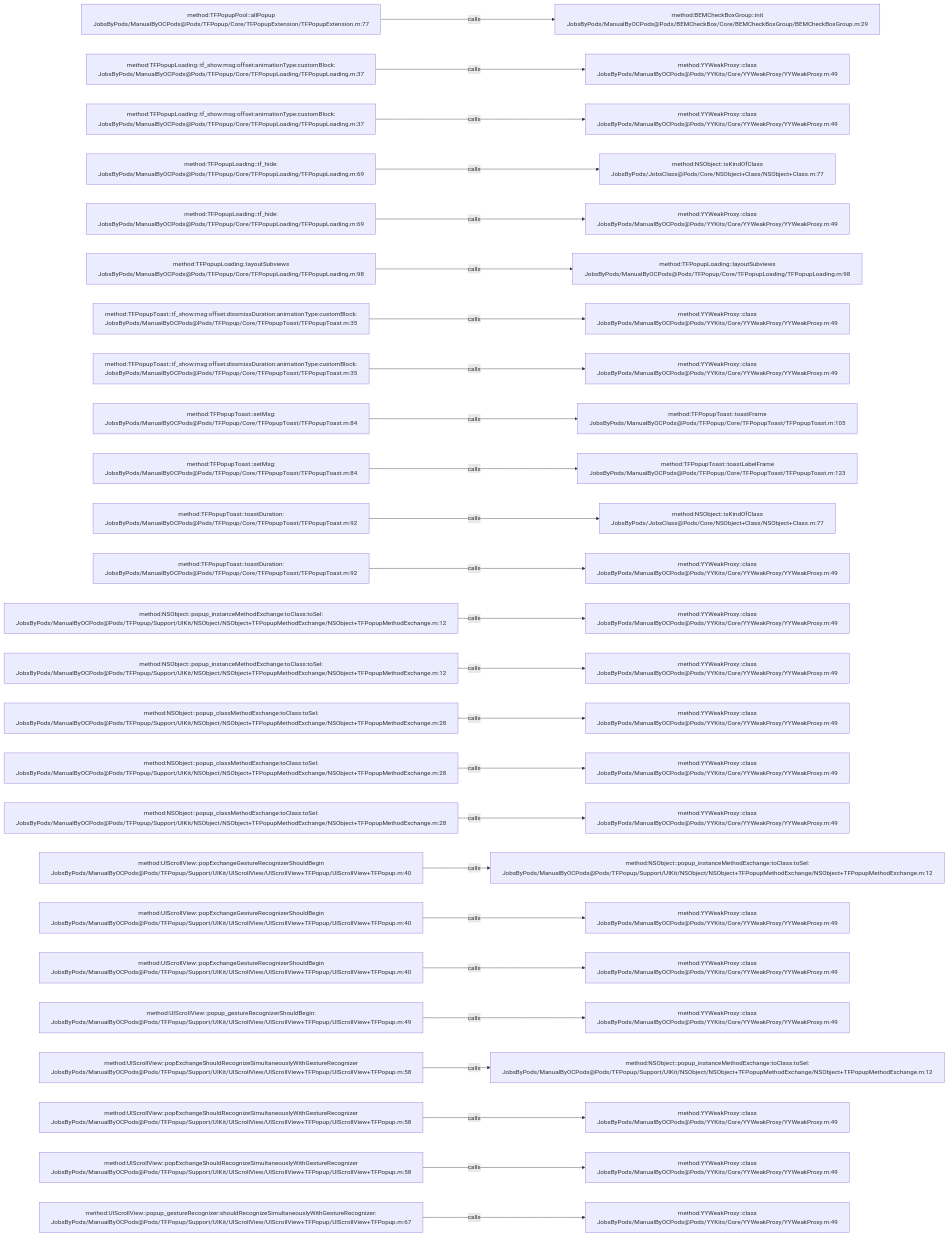
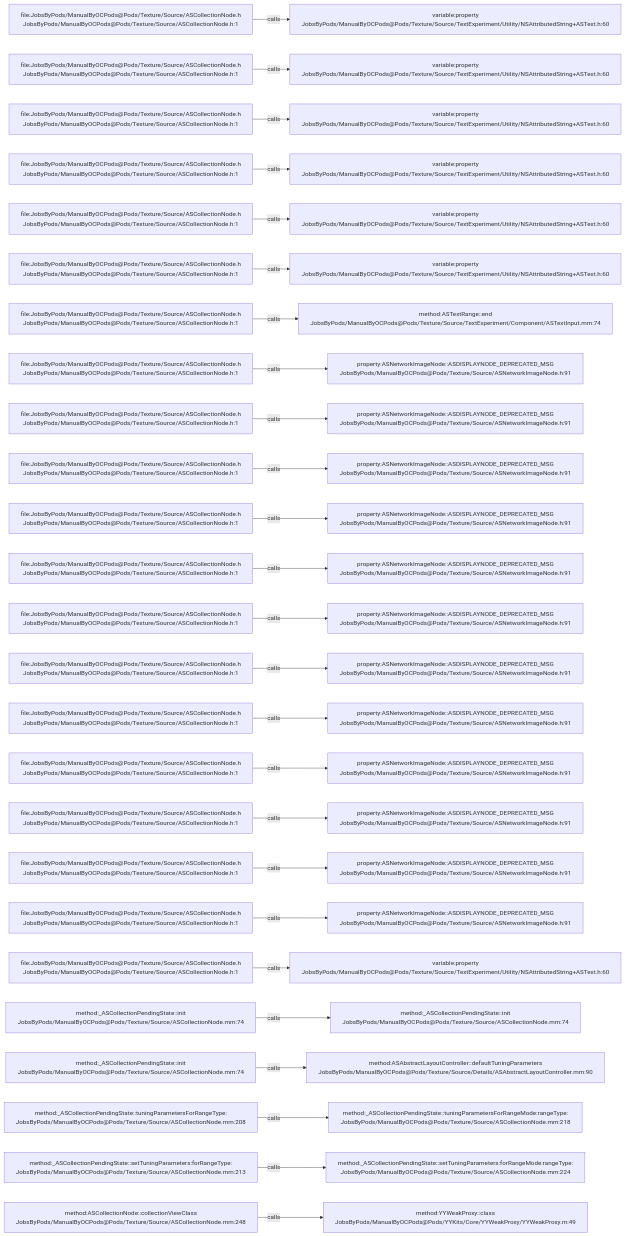
One commit to JobsKits/JobsOCBaseConfigDemo changed the diagram in .codegraph/codegraph.md/graphs/calls-061.md. Above: the diagram before and after it, drawn with Mermaid. The commit also changed 2723 other files, not shown here.

````diff
--- a/.codegraph/codegraph.md/graphs/calls-061.md
+++ b/.codegraph/codegraph.md/graphs/calls-061.md
@@ -13,78 +13,78 @@
 ```mermaid
 flowchart LR
-  S1["method:TFPopupPool::allPopup<br/>JobsByPods/ManualByOCPods@Pods/TFPopup/Core/TFPopupExtension/TFPopupExtension.m:77"]
-  T1["method:BEMCheckBoxGroup::init<br/>JobsByPods/ManualByOCPods@Pods/BEMCheckBox/Core/BEMCheckBoxGroup/BEMCheckBoxGroup.m:29"]
+  S1["file:JobsByPods/ManualByOCPods@Pods/Texture/Source/ASCollectionNode.h<br/>JobsByPods/ManualByOCPods@Pods/Texture/Source/ASCollectionNode.h:1"]
+  T1["variable:property<br/>JobsByPods/ManualByOCPods@Pods/Texture/Source/TextExperiment/Utility/NSAttributedString+ASText.h:60"]
   S1 -->|calls| T1
-  S2["method:TFPopupLoading::tf_show:msg:offset:animationType:customBlock:<br/>JobsByPods/ManualByOCPods@Pods/TFPopup/Core/TFPopupLoading/TFPopupLoading.m:37"]
-  T2["method:YYWeakProxy::class<br/>JobsByPods/ManualByOCPods@Pods/YYKits/Core/YYWeakProxy/YYWeakProxy.m:49"]
+  S2["file:JobsByPods/ManualByOCPods@Pods/Texture/Source/ASCollectionNode.h<br/>JobsByPods/ManualByOCPods@Pods/Texture/Source/ASCollectionNode.h:1"]
+  T2["variable:property<br/>JobsByPods/ManualByOCPods@Pods/Texture/Source/TextExperiment/Utility/NSAttributedString+ASText.h:60"]
   S2 -->|calls| T2
-  S3["method:TFPopupLoading::tf_show:msg:offset:animationType:customBlock:<br/>JobsByPods/ManualByOCPods@Pods/TFPopup/Core/TFPopupLoading/TFPopupLoading.m:37"]
-  T3["method:YYWeakProxy::class<br/>JobsByPods/ManualByOCPods@Pods/YYKits/Core/YYWeakProxy/YYWeakProxy.m:49"]
+  S3["file:JobsByPods/ManualByOCPods@Pods/Texture/Source/ASCollectionNode.h<br/>JobsByPods/ManualByOCPods@Pods/Texture/Source/ASCollectionNode.h:1"]
+  T3["variable:property<br/>JobsByPods/ManualByOCPods@Pods/Texture/Source/TextExperiment/Utility/NSAttributedString+ASText.h:60"]
   S3 -->|calls| T3
-  S4["method:TFPopupLoading::tf_hide:<br/>JobsByPods/ManualByOCPods@Pods/TFPopup/Core/TFPopupLoading/TFPopupLoading.m:69"]
-  T4["method:NSObject::isKindOfClass<br/>JobsByPods/JobsClass@Pods/Core/NSObject+Class/NSObject+Class.m:77"]
+  S4["file:JobsByPods/ManualByOCPods@Pods/Texture/Source/ASCollectionNode.h<br/>JobsByPods/ManualByOCPods@Pods/Texture/Source/ASCollectionNode.h:1"]
+  T4["variable:property<br/>JobsByPods/ManualByOCPods@Pods/Texture/Source/TextExperiment/Utility/NSAttributedString+ASText.h:60"]
   S4 -->|calls| T4
-  S5["method:TFPopupLoading::tf_hide:<br/>JobsByPods/ManualByOCPods@Pods/TFPopup/Core/TFPopupLoading/TFPopupLoading.m:69"]
-  T5["method:YYWeakProxy::class<br/>JobsByPods/ManualByOCPods@Pods/YYKits/Core/YYWeakProxy/YYWeakProxy.m:49"]
+  S5["file:JobsByPods/ManualByOCPods@Pods/Texture/Source/ASCollectionNode.h<br/>JobsByPods/ManualByOCPods@Pods/Texture/Source/ASCollectionNode.h:1"]
+  T5["variable:property<br/>JobsByPods/ManualByOCPods@Pods/Texture/Source/TextExperiment/Utility/NSAttributedString+ASText.h:60"]
   S5 -->|calls| T5
-  S6["method:TFPopupLoading::layoutSubviews<br/>JobsByPods/ManualByOCPods@Pods/TFPopup/Core/TFPopupLoading/TFPopupLoading.m:98"]
-  T6["method:TFPopupLoading::layoutSubviews<br/>JobsByPods/ManualByOCPods@Pods/TFPopup/Core/TFPopupLoading/TFPopupLoading.m:98"]
+  S6["file:JobsByPods/ManualByOCPods@Pods/Texture/Source/ASCollectionNode.h<br/>JobsByPods/ManualByOCPods@Pods/Texture/Source/ASCollectionNode.h:1"]
+  T6["variable:property<br/>JobsByPods/ManualByOCPods@Pods/Texture/Source/TextExperiment/Utility/NSAttributedString+ASText.h:60"]
   S6 -->|calls| T6
-  S7["method:TFPopupToast::tf_show:msg:offset:dissmissDuration:animationType:customBlock:<br/>JobsByPods/ManualByOCPods@Pods/TFPopup/Core/TFPopupToast/TFPopupToast.m:35"]
-  T7["method:YYWeakProxy::class<br/>JobsByPods/ManualByOCPods@Pods/YYKits/Core/YYWeakProxy/YYWeakProxy.m:49"]
+  S7["file:JobsByPods/ManualByOCPods@Pods/Texture/Source/ASCollectionNode.h<br/>JobsByPods/ManualByOCPods@Pods/Texture/Source/ASCollectionNode.h:1"]
+  T7["method:ASTextRange::end<br/>JobsByPods/ManualByOCPods@Pods/Texture/Source/TextExperiment/Component/ASTextInput.mm:74"]
   S7 -->|calls| T7
-  S8["method:TFPopupToast::tf_show:msg:offset:dissmissDuration:animationType:customBlock:<br/>JobsByPods/ManualByOCPods@Pods/TFPopup/Core/TFPopupToast/TFPopupToast.m:35"]
-  T8["method:YYWeakProxy::class<br/>JobsByPods/ManualByOCPods@Pods/YYKits/Core/YYWeakProxy/YYWeakProxy.m:49"]
+  S8["file:JobsByPods/ManualByOCPods@Pods/Texture/Source/ASCollectionNode.h<br/>JobsByPods/ManualByOCPods@Pods/Texture/Source/ASCollectionNode.h:1"]
+  T8["property:ASNetworkImageNode::ASDISPLAYNODE_DEPRECATED_MSG<br/>JobsByPods/ManualByOCPods@Pods/Texture/Source/ASNetworkImageNode.h:91"]
   S8 -->|calls| T8
-  S9["method:TFPopupToast::setMsg:<br/>JobsByPods/ManualByOCPods@Pods/TFPopup/Core/TFPopupToast/TFPopupToast.m:84"]
-  T9["method:TFPopupToast::toastFrame<br/>JobsByPods/ManualByOCPods@Pods/TFPopup/Core/TFPopupToast/TFPopupToast.m:105"]
+  S9["file:JobsByPods/ManualByOCPods@Pods/Texture/Source/ASCollectionNode.h<br/>JobsByPods/ManualByOCPods@Pods/Texture/Source/ASCollectionNode.h:1"]
+  T9["property:ASNetworkImageNode::ASDISPLAYNODE_DEPRECATED_MSG<br/>JobsByPods/ManualByOCPods@Pods/Texture/Source/ASNetworkImageNode.h:91"]
   S9 -->|calls| T9
-  S10["method:TFPopupToast::setMsg:<br/>JobsByPods/ManualByOCPods@Pods/TFPopup/Core/TFPopupToast/TFPopupToast.m:84"]
-  T10["method:TFPopupToast::toastLabelFrame<br/>JobsByPods/ManualByOCPods@Pods/TFPopup/Core/TFPopupToast/TFPopupToast.m:123"]
+  S10["file:JobsByPods/ManualByOCPods@Pods/Texture/Source/ASCollectionNode.h<br/>JobsByPods/ManualByOCPods@Pods/Texture/Source/ASCollectionNode.h:1"]
+  T10["property:ASNetworkImageNode::ASDISPLAYNODE_DEPRECATED_MSG<br/>JobsByPods/ManualByOCPods@Pods/Texture/Source/ASNetworkImageNode.h:91"]
   S10 -->|calls| T10
-  S11["method:TFPopupToast::toastDuration:<br/>JobsByPods/ManualByOCPods@Pods/TFPopup/Core/TFPopupToast/TFPopupToast.m:92"]
-  T11["method:NSObject::isKindOfClass<br/>JobsByPods/JobsClass@Pods/Core/NSObject+Class/NSObject+Class.m:77"]
+  S11["file:JobsByPods/ManualByOCPods@Pods/Texture/Source/ASCollectionNode.h<br/>JobsByPods/ManualByOCPods@Pods/Texture/Source/ASCollectionNode.h:1"]
+  T11["property:ASNetworkImageNode::ASDISPLAYNODE_DEPRECATED_MSG<br/>JobsByPods/ManualByOCPods@Pods/Texture/Source/ASNetworkImageNode.h:91"]
   S11 -->|calls| T11
-  S12["method:TFPopupToast::toastDuration:<br/>JobsByPods/ManualByOCPods@Pods/TFPopup/Core/TFPopupToast/TFPopupToast.m:92"]
-  T12["method:YYWeakProxy::class<br/>JobsByPods/ManualByOCPods@Pods/YYKits/Core/YYWeakProxy/YYWeakProxy.m:49"]
+  S12["file:JobsByPods/ManualByOCPods@Pods/Texture/Source/ASCollectionNode.h<br/>JobsByPods/ManualByOCPods@Pods/Texture/Source/ASCollectionNode.h:1"]
+  T12["property:ASNetworkImageNode::ASDISPLAYNODE_DEPRECATED_MSG<br/>JobsByPods/ManualByOCPods@Pods/Texture/Source/ASNetworkImageNode.h:91"]
   S12 -->|calls| T12
-  S13["method:NSObject::popup_instanceMethodExchange:toClass:toSel:<br/>JobsByPods/ManualByOCPods@Pods/TFPopup/Support/UIKit/NSObject/NSObject+TFPopupMethodExchange/NSObject+TFPopupMethodExchange.m:12"]
-  T13["method:YYWeakProxy::class<br/>JobsByPods/ManualByOCPods@Pods/YYKits/Core/YYWeakProxy/YYWeakProxy.m:49"]
+  S13["file:JobsByPods/ManualByOCPods@Pods/Texture/Source/ASCollectionNode.h<br/>JobsByPods/ManualByOCPods@Pods/Texture/Source/ASCollectionNode.h:1"]
+  T13["property:ASNetworkImageNode::ASDISPLAYNODE_DEPRECATED_MSG<br/>JobsByPods/ManualByOCPods@Pods/Texture/Source/ASNetworkImageNode.h:91"]
   S13 -->|calls| T13
-  S14["method:NSObject::popup_instanceMethodExchange:toClass:toSel:<br/>JobsByPods/ManualByOCPods@Pods/TFPopup/Support/UIKit/NSObject/NSObject+TFPopupMethodExchange/NSObject+TFPopupMethodExchange.m:12"]
-  T14["method:YYWeakProxy::class<br/>JobsByPods/ManualByOCPods@Pods/YYKits/Core/YYWeakProxy/YYWeakProxy.m:49"]
+  S14["file:JobsByPods/ManualByOCPods@Pods/Texture/Source/ASCollectionNode.h<br/>JobsByPods/ManualByOCPods@Pods/Texture/Source/ASCollectionNode.h:1"]
+  T14["property:ASNetworkImageNode::ASDISPLAYNODE_DEPRECATED_MSG<br/>JobsByPods/ManualByOCPods@Pods/Texture/Source/ASNetworkImageNode.h:91"]
   S14 -->|calls| T14
-  S15["method:NSObject::popup_classMethodExchange:toClass:toSel:<br/>JobsByPods/ManualByOCPods@Pods/TFPopup/Support/UIKit/NSObject/NSObject+TFPopupMethodExchange/NSObject+TFPopupMethodExchange.m:28"]
-  T15["method:YYWeakProxy::class<br/>JobsByPods/ManualByOCPods@Pods/YYKits/Core/YYWeakProxy/YYWeakProxy.m:49"]
+  S15["file:JobsByPods/ManualByOCPods@Pods/Texture/Source/ASCollectionNode.h<br/>JobsByPods/ManualByOCPods@Pods/Texture/Source/ASCollectionNode.h:1"]
+  T15["property:ASNetworkImageNode::ASDISPLAYNODE_DEPRECATED_MSG<br/>JobsByPods/ManualByOCPods@Pods/Texture/Source/ASNetworkImageNode.h:91"]
   S15 -->|calls| T15
-  S16["method:NSObject::popup_classMethodExchange:toClass:toSel:<br/>JobsByPods/ManualByOCPods@Pods/TFPopup/Support/UIKit/NSObject/NSObject+TFPopupMethodExchange/NSObject+TFPopupMethodExchange.m:28"]
-  T16["method:YYWeakProxy::class<br/>JobsByPods/ManualByOCPods@Pods/YYKits/Core/YYWeakProxy/YYWeakProxy.m:49"]
+  S16["file:JobsByPods/ManualByOCPods@Pods/Texture/Source/ASCollectionNode.h<br/>JobsByPods/ManualByOCPods@Pods/Texture/Source/ASCollectionNode.h:1"]
+  T16["property:ASNetworkImageNode::ASDISPLAYNODE_DEPRECATED_MSG<br/>JobsByPods/ManualByOCPods@Pods/Texture/Source/ASNetworkImageNode.h:91"]
   S16 -->|calls| T16
-  S17["method:NSObject::popup_classMethodExchange:toClass:toSel:<br/>JobsByPods/ManualByOCPods@Pods/TFPopup/Support/UIKit/NSObject/NSObject+TFPopupMethodExchange/NSObject+TFPopupMethodExchange.m:28"]
-  T17["method:YYWeakProxy::class<br/>JobsByPods/ManualByOCPods@Pods/YYKits/Core/YYWeakProxy/YYWeakProxy.m:49"]
+  S17["file:JobsByPods/ManualByOCPods@Pods/Texture/Source/ASCollectionNode.h<br/>JobsByPods/ManualByOCPods@Pods/Texture/Source/ASCollectionNode.h:1"]
+  T17["property:ASNetworkImageNode::ASDISPLAYNODE_DEPRECATED_MSG<br/>JobsByPods/ManualByOCPods@Pods/Texture/Source/ASNetworkImageNode.h:91"]
   S17 -->|calls| T17
-  S18["method:UIScrollView::popExchangeGestureRecognizerShouldBegin<br/>JobsByPods/ManualByOCPods@Pods/TFPopup/Support/UIKit/UIScrollView/UIScrollView+TFPopup/UIScrollView+TFPopup.m:40"]
-  T18["method:NSObject::popup_instanceMethodExchange:toClass:toSel:<br/>JobsByPods/ManualByOCPods@Pods/TFPopup/Support/UIKit/NSObject/NSObject+TFPopupMethodExchange/NSObject+TFPopupMethodExchange.m:12"]
+  S18["file:JobsByPods/ManualByOCPods@Pods/Texture/Source/ASCollectionNode.h<br/>JobsByPods/ManualByOCPods@Pods/Texture/Source/ASCollectionNode.h:1"]
+  T18["property:ASNetworkImageNode::ASDISPLAYNODE_DEPRECATED_MSG<br/>JobsByPods/ManualByOCPods@Pods/Texture/Source/ASNetworkImageNode.h:91"]
   S18 -->|calls| T18
-  S19["method:UIScrollView::popExchangeGestureRecognizerShouldBegin<br/>JobsByPods/ManualByOCPods@Pods/TFPopup/Support/UIKit/UIScrollView/UIScrollView+TFPopup/UIScrollView+TFPopup.m:40"]
-  T19["method:YYWeakProxy::class<br/>JobsByPods/ManualByOCPods@Pods/YYKits/Core/YYWeakProxy/YYWeakProxy.m:49"]
+  S19["file:JobsByPods/ManualByOCPods@Pods/Texture/Source/ASCollectionNode.h<br/>JobsByPods/ManualByOCPods@Pods/Texture/Source/ASCollectionNode.h:1"]
+  T19["property:ASNetworkImageNode::ASDISPLAYNODE_DEPRECATED_MSG<br/>JobsByPods/ManualByOCPods@Pods/Texture/Source/ASNetworkImageNode.h:91"]
   S19 -->|calls| T19
-  S20["method:UIScrollView::popExchangeGestureRecognizerShouldBegin<br/>JobsByPods/ManualByOCPods@Pods/TFPopup/Support/UIKit/UIScrollView/UIScrollView+TFPopup/UIScrollView+TFPopup.m:40"]
-  T20["method:YYWeakProxy::class<br/>JobsByPods/ManualByOCPods@Pods/YYKits/Core/YYWeakProxy/YYWeakProxy.m:49"]
+  S20["file:JobsByPods/ManualByOCPods@Pods/Texture/Source/ASCollectionNode.h<br/>JobsByPods/ManualByOCPods@Pods/Texture/Source/ASCollectionNode.h:1"]
+  T20["variable:property<br/>JobsByPods/ManualByOCPods@Pods/Texture/Source/TextExperiment/Utility/NSAttributedString+ASText.h:60"]
   S20 -->|calls| T20
-  S21["method:UIScrollView::popup_gestureRecognizerShouldBegin:<br/>JobsByPods/ManualByOCPods@Pods/TFPopup/Support/UIKit/UIScrollView/UIScrollView+TFPopup/UIScrollView+TFPopup.m:49"]
-  T21["method:YYWeakProxy::class<br/>JobsByPods/ManualByOCPods@Pods/YYKits/Core/YYWeakProxy/YYWeakProxy.m:49"]
+  S21["method:_ASCollectionPendingState::init<br/>JobsByPods/ManualByOCPods@Pods/Texture/Source/ASCollectionNode.mm:74"]
+  T21["method:_ASCollectionPendingState::init<br/>JobsByPods/ManualByOCPods@Pods/Texture/Source/ASCollectionNode.mm:74"]
   S21 -->|calls| T21
-  S22["method:UIScrollView::popExchangeShouldRecognizeSimultaneouslyWithGestureRecognizer<br/>JobsByPods/ManualByOCPods@Pods/TFPopup/Support/UIKit/UIScrollView/UIScrollView+TFPopup/UIScrollView+TFPopup.m:58"]
-  T22["method:NSObject::popup_instanceMethodExchange:toClass:toSel:<br/>JobsByPods/ManualByOCPods@Pods/TFPopup/Support/UIKit/NSObject/NSObject+TFPopupMethodExchange/NSObject+TFPopupMethodExchange.m:12"]
+  S22["method:_ASCollectionPendingState::init<br/>JobsByPods/ManualByOCPods@Pods/Texture/Source/ASCollectionNode.mm:74"]
+  T22["method:ASAbstractLayoutController::defaultTuningParameters<br/>JobsByPods/ManualByOCPods@Pods/Texture/Source/Details/ASAbstractLayoutController.mm:90"]
   S22 -->|calls| T22
-  S23["method:UIScrollView::popExchangeShouldRecognizeSimultaneouslyWithGestureRecognizer<br/>JobsByPods/ManualByOCPods@Pods/TFPopup/Support/UIKit/UIScrollView/UIScrollView+TFPopup/UIScrollView+TFPopup.m:58"]
-  T23["method:YYWeakProxy::class<br/>JobsByPods/ManualByOCPods@Pods/YYKits/Core/YYWeakProxy/YYWeakProxy.m:49"]
+  S23["method:_ASCollectionPendingState::tuningParametersForRangeType:<br/>JobsByPods/ManualByOCPods@Pods/Texture/Source/ASCollectionNode.mm:208"]
+  T23["method:_ASCollectionPendingState::tuningParametersForRangeMode:rangeType:<br/>JobsByPods/ManualByOCPods@Pods/Texture/Source/ASCollectionNode.mm:218"]
   S23 -->|calls| T23
-  S24["method:UIScrollView::popExchangeShouldRecognizeSimultaneouslyWithGestureRecognizer<br/>JobsByPods/ManualByOCPods@Pods/TFPopup/Support/UIKit/UIScrollView/UIScrollView+TFPopup/UIScrollView+TFPopup.m:58"]
-  T24["method:YYWeakProxy::class<br/>JobsByPods/ManualByOCPods@Pods/YYKits/Core/YYWeakProxy/YYWeakProxy.m:49"]
+  S24["method:_ASCollectionPendingState::setTuningParameters:forRangeType:<br/>JobsByPods/ManualByOCPods@Pods/Texture/Source/ASCollectionNode.mm:213"]
+  T24["method:_ASCollectionPendingState::setTuningParameters:forRangeMode:rangeType:<br/>JobsByPods/ManualByOCPods@Pods/Texture/Source/ASCollectionNode.mm:224"]
   S24 -->|calls| T24
-  S25["method:UIScrollView::popup_gestureRecognizer:shouldRecognizeSimultaneouslyWithGestureRecognizer:<br/>JobsByPods/ManualByOCPods@Pods/TFPopup/Support/UIKit/UIScrollView/UIScrollView+TFPopup/UIScrollView+TFPopup.m:67"]
+  S25["method:ASCollectionNode::collectionViewClass<br/>JobsByPods/ManualByOCPods@Pods/Texture/Source/ASCollectionNode.mm:248"]
   T25["method:YYWeakProxy::class<br/>JobsByPods/ManualByOCPods@Pods/YYKits/Core/YYWeakProxy/YYWeakProxy.m:49"]
   S25 -->|calls| T25
 ```
````
